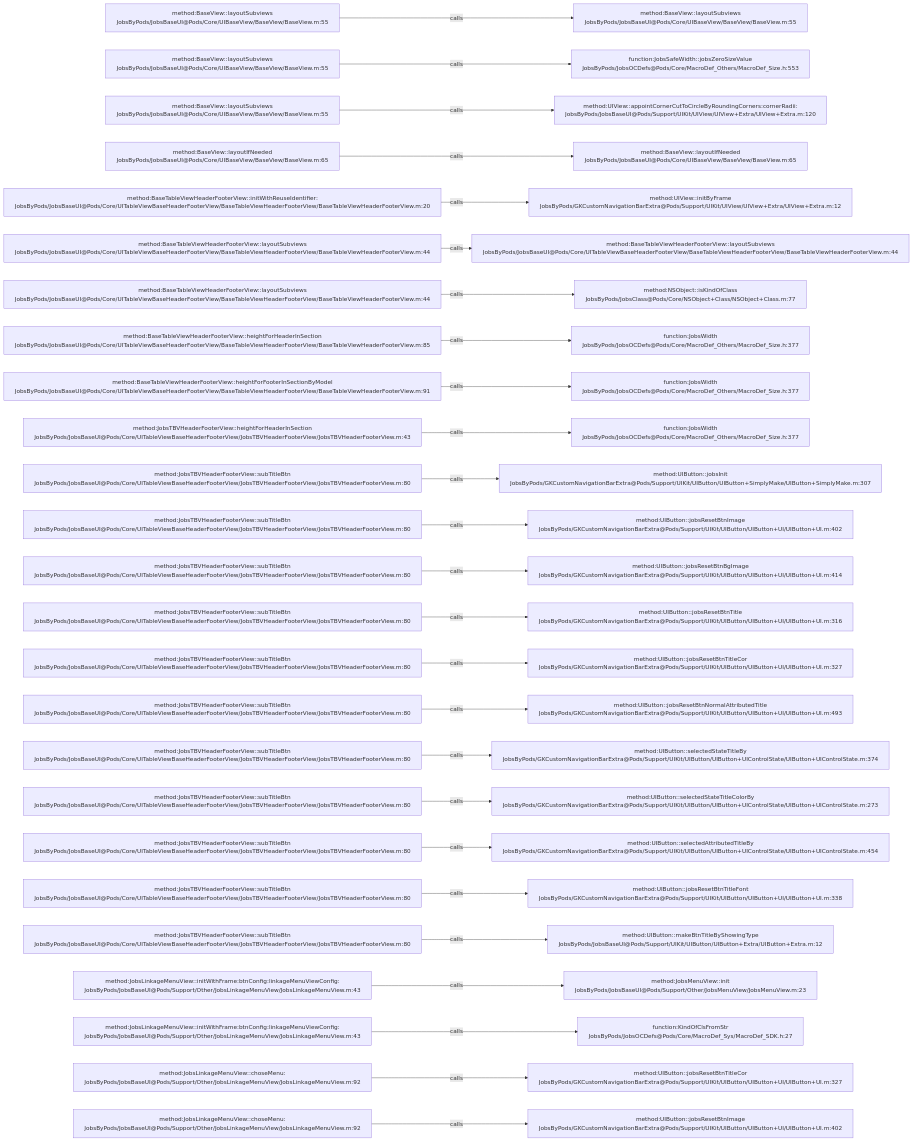
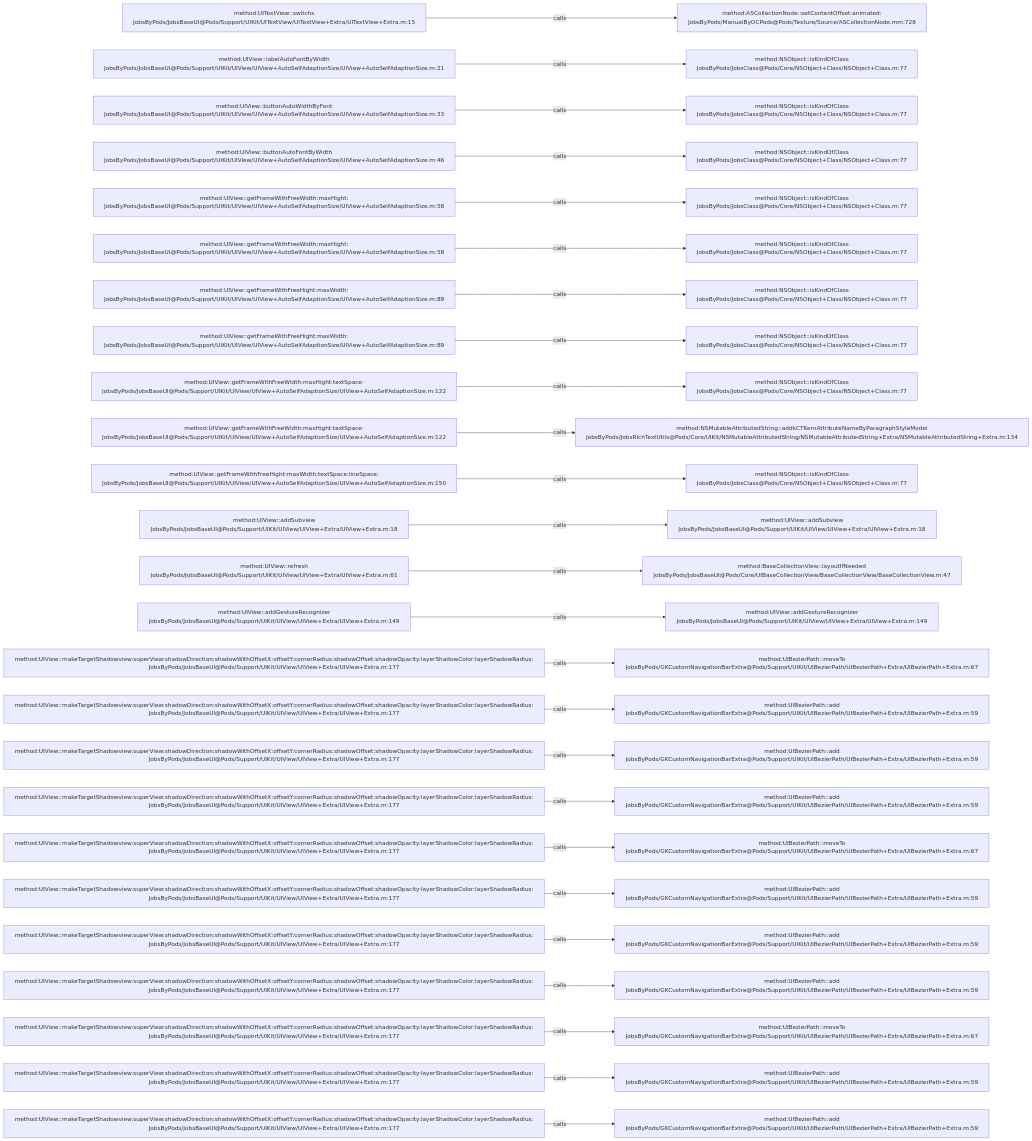
Before and after one commit to JobsKits/JobsOCBaseConfigDemo: the diagram in .codegraph/codegraph.md/graphs/calls-046.md, drawn with Mermaid. The commit also changed 1026 other files, not shown here.

````diff
--- a/.codegraph/codegraph.md/graphs/calls-046.md
+++ b/.codegraph/codegraph.md/graphs/calls-046.md
@@ -13,78 +13,78 @@
 ```mermaid
 flowchart LR
-  S1["method:BaseView::layoutSubviews<br/>JobsByPods/JobsBaseUI@Pods/Core/UIBaseView/BaseView/BaseView.m:55"]
-  T1["method:BaseView::layoutSubviews<br/>JobsByPods/JobsBaseUI@Pods/Core/UIBaseView/BaseView/BaseView.m:55"]
+  S1["method:UITextView::switchs<br/>JobsByPods/JobsBaseUI@Pods/Support/UIKit/UITextView/UITextView+Extra/UITextView+Extra.m:15"]
+  T1["method:ASCollectionNode::setContentOffset:animated:<br/>JobsByPods/ManualByOCPods@Pods/Texture/Source/ASCollectionNode.mm:728"]
   S1 -->|calls| T1
-  S2["method:BaseView::layoutSubviews<br/>JobsByPods/JobsBaseUI@Pods/Core/UIBaseView/BaseView/BaseView.m:55"]
-  T2["function:JobsSafeWidth::jobsZeroSizeValue<br/>JobsByPods/JobsOCDefs@Pods/Core/MacroDef_Others/MacroDef_Size.h:553"]
+  S2["method:UIView::labelAutoFontByWidth<br/>JobsByPods/JobsBaseUI@Pods/Support/UIKit/UIView/UIView+AutoSelfAdaptionSize/UIView+AutoSelfAdaptionSize.m:21"]
+  T2["method:NSObject::isKindOfClass<br/>JobsByPods/JobsClass@Pods/Core/NSObject+Class/NSObject+Class.m:77"]
   S2 -->|calls| T2
-  S3["method:BaseView::layoutSubviews<br/>JobsByPods/JobsBaseUI@Pods/Core/UIBaseView/BaseView/BaseView.m:55"]
-  T3["method:UIView::appointCornerCutToCircleByRoundingCorners:cornerRadii:<br/>JobsByPods/JobsBaseUI@Pods/Support/UIKit/UIView/UIView+Extra/UIView+Extra.m:120"]
+  S3["method:UIView::buttonAutoWidthByFont<br/>JobsByPods/JobsBaseUI@Pods/Support/UIKit/UIView/UIView+AutoSelfAdaptionSize/UIView+AutoSelfAdaptionSize.m:33"]
+  T3["method:NSObject::isKindOfClass<br/>JobsByPods/JobsClass@Pods/Core/NSObject+Class/NSObject+Class.m:77"]
   S3 -->|calls| T3
-  S4["method:BaseView::layoutIfNeeded<br/>JobsByPods/JobsBaseUI@Pods/Core/UIBaseView/BaseView/BaseView.m:65"]
-  T4["method:BaseView::layoutIfNeeded<br/>JobsByPods/JobsBaseUI@Pods/Core/UIBaseView/BaseView/BaseView.m:65"]
+  S4["method:UIView::buttonAutoFontByWidth<br/>JobsByPods/JobsBaseUI@Pods/Support/UIKit/UIView/UIView+AutoSelfAdaptionSize/UIView+AutoSelfAdaptionSize.m:46"]
+  T4["method:NSObject::isKindOfClass<br/>JobsByPods/JobsClass@Pods/Core/NSObject+Class/NSObject+Class.m:77"]
   S4 -->|calls| T4
-  S5["method:BaseTableViewHeaderFooterView::initWithReuseIdentifier:<br/>JobsByPods/JobsBaseUI@Pods/Core/UITableViewBaseHeaderFooterView/BaseTableViewHeaderFooterView/BaseTableViewHeaderFooterView.m:20"]
-  T5["method:UIView::initByFrame<br/>JobsByPods/GKCustomNavigationBarExtra@Pods/Support/UIKit/UIView/UIView+Extra/UIView+Extra.m:12"]
+  S5["method:UIView::getFrameWithFreeWidth:maxHight:<br/>JobsByPods/JobsBaseUI@Pods/Support/UIKit/UIView/UIView+AutoSelfAdaptionSize/UIView+AutoSelfAdaptionSize.m:58"]
+  T5["method:NSObject::isKindOfClass<br/>JobsByPods/JobsClass@Pods/Core/NSObject+Class/NSObject+Class.m:77"]
   S5 -->|calls| T5
-  S6["method:BaseTableViewHeaderFooterView::layoutSubviews<br/>JobsByPods/JobsBaseUI@Pods/Core/UITableViewBaseHeaderFooterView/BaseTableViewHeaderFooterView/BaseTableViewHeaderFooterView.m:44"]
-  T6["method:BaseTableViewHeaderFooterView::layoutSubviews<br/>JobsByPods/JobsBaseUI@Pods/Core/UITableViewBaseHeaderFooterView/BaseTableViewHeaderFooterView/BaseTableViewHeaderFooterView.m:44"]
+  S6["method:UIView::getFrameWithFreeWidth:maxHight:<br/>JobsByPods/JobsBaseUI@Pods/Support/UIKit/UIView/UIView+AutoSelfAdaptionSize/UIView+AutoSelfAdaptionSize.m:58"]
+  T6["method:NSObject::isKindOfClass<br/>JobsByPods/JobsClass@Pods/Core/NSObject+Class/NSObject+Class.m:77"]
   S6 -->|calls| T6
-  S7["method:BaseTableViewHeaderFooterView::layoutSubviews<br/>JobsByPods/JobsBaseUI@Pods/Core/UITableViewBaseHeaderFooterView/BaseTableViewHeaderFooterView/BaseTableViewHeaderFooterView.m:44"]
+  S7["method:UIView::getFrameWithFreeHight:maxWidth:<br/>JobsByPods/JobsBaseUI@Pods/Support/UIKit/UIView/UIView+AutoSelfAdaptionSize/UIView+AutoSelfAdaptionSize.m:89"]
   T7["method:NSObject::isKindOfClass<br/>JobsByPods/JobsClass@Pods/Core/NSObject+Class/NSObject+Class.m:77"]
   S7 -->|calls| T7
-  S8["method:BaseTableViewHeaderFooterView::heightForHeaderInSection<br/>JobsByPods/JobsBaseUI@Pods/Core/UITableViewBaseHeaderFooterView/BaseTableViewHeaderFooterView/BaseTableViewHeaderFooterView.m:85"]
-  T8["function:JobsWidth<br/>JobsByPods/JobsOCDefs@Pods/Core/MacroDef_Others/MacroDef_Size.h:377"]
+  S8["method:UIView::getFrameWithFreeHight:maxWidth:<br/>JobsByPods/JobsBaseUI@Pods/Support/UIKit/UIView/UIView+AutoSelfAdaptionSize/UIView+AutoSelfAdaptionSize.m:89"]
+  T8["method:NSObject::isKindOfClass<br/>JobsByPods/JobsClass@Pods/Core/NSObject+Class/NSObject+Class.m:77"]
   S8 -->|calls| T8
-  S9["method:BaseTableViewHeaderFooterView::heightForFooterInSectionByModel<br/>JobsByPods/JobsBaseUI@Pods/Core/UITableViewBaseHeaderFooterView/BaseTableViewHeaderFooterView/BaseTableViewHeaderFooterView.m:91"]
-  T9["function:JobsWidth<br/>JobsByPods/JobsOCDefs@Pods/Core/MacroDef_Others/MacroDef_Size.h:377"]
+  S9["method:UIView::getFrameWithFreeWidth:maxHight:textSpace:<br/>JobsByPods/JobsBaseUI@Pods/Support/UIKit/UIView/UIView+AutoSelfAdaptionSize/UIView+AutoSelfAdaptionSize.m:122"]
+  T9["method:NSObject::isKindOfClass<br/>JobsByPods/JobsClass@Pods/Core/NSObject+Class/NSObject+Class.m:77"]
   S9 -->|calls| T9
-  S10["method:JobsTBVHeaderFooterView::heightForHeaderInSection<br/>JobsByPods/JobsBaseUI@Pods/Core/UITableViewBaseHeaderFooterView/JobsTBVHeaderFooterView/JobsTBVHeaderFooterView.m:43"]
-  T10["function:JobsWidth<br/>JobsByPods/JobsOCDefs@Pods/Core/MacroDef_Others/MacroDef_Size.h:377"]
+  S10["method:UIView::getFrameWithFreeWidth:maxHight:textSpace:<br/>JobsByPods/JobsBaseUI@Pods/Support/UIKit/UIView/UIView+AutoSelfAdaptionSize/UIView+AutoSelfAdaptionSize.m:122"]
+  T10["method:NSMutableAttributedString::addkCTKernAttributeNameByParagraphStyleModel<br/>JobsByPods/JobsRichTextUtils@Pods/Core/UIKit/NSMutableAttributedString/NSMutableAttributedString+Extra/NSMutableAttributedString+Extra.m:134"]
   S10 -->|calls| T10
-  S11["method:JobsTBVHeaderFooterView::subTitleBtn<br/>JobsByPods/JobsBaseUI@Pods/Core/UITableViewBaseHeaderFooterView/JobsTBVHeaderFooterView/JobsTBVHeaderFooterView.m:80"]
-  T11["method:UIButton::jobsInit<br/>JobsByPods/GKCustomNavigationBarExtra@Pods/Support/UIKit/UIButton/UIButton+SimplyMake/UIButton+SimplyMake.m:307"]
+  S11["method:UIView::getFrameWithFreeHight:maxWidth:textSpace:lineSpace:<br/>JobsByPods/JobsBaseUI@Pods/Support/UIKit/UIView/UIView+AutoSelfAdaptionSize/UIView+AutoSelfAdaptionSize.m:150"]
+  T11["method:NSObject::isKindOfClass<br/>JobsByPods/JobsClass@Pods/Core/NSObject+Class/NSObject+Class.m:77"]
   S11 -->|calls| T11
-  S12["method:JobsTBVHeaderFooterView::subTitleBtn<br/>JobsByPods/JobsBaseUI@Pods/Core/UITableViewBaseHeaderFooterView/JobsTBVHeaderFooterView/JobsTBVHeaderFooterView.m:80"]
-  T12["method:UIButton::jobsResetBtnImage<br/>JobsByPods/GKCustomNavigationBarExtra@Pods/Support/UIKit/UIButton/UIButton+UI/UIButton+UI.m:402"]
+  S12["method:UIView::addSubview<br/>JobsByPods/JobsBaseUI@Pods/Support/UIKit/UIView/UIView+Extra/UIView+Extra.m:18"]
+  T12["method:UIView::addSubview<br/>JobsByPods/JobsBaseUI@Pods/Support/UIKit/UIView/UIView+Extra/UIView+Extra.m:18"]
   S12 -->|calls| T12
-  S13["method:JobsTBVHeaderFooterView::subTitleBtn<br/>JobsByPods/JobsBaseUI@Pods/Core/UITableViewBaseHeaderFooterView/JobsTBVHeaderFooterView/JobsTBVHeaderFooterView.m:80"]
-  T13["method:UIButton::jobsResetBtnBgImage<br/>JobsByPods/GKCustomNavigationBarExtra@Pods/Support/UIKit/UIButton/UIButton+UI/UIButton+UI.m:414"]
+  S13["method:UIView::refresh<br/>JobsByPods/JobsBaseUI@Pods/Support/UIKit/UIView/UIView+Extra/UIView+Extra.m:61"]
+  T13["method:BaseCollectionView::layoutIfNeeded<br/>JobsByPods/JobsBaseUI@Pods/Core/UIBaseCollectionView/BaseCollectionView/BaseCollectionView.m:47"]
   S13 -->|calls| T13
-  S14["method:JobsTBVHeaderFooterView::subTitleBtn<br/>JobsByPods/JobsBaseUI@Pods/Core/UITableViewBaseHeaderFooterView/JobsTBVHeaderFooterView/JobsTBVHeaderFooterView.m:80"]
-  T14["method:UIButton::jobsResetBtnTitle<br/>JobsByPods/GKCustomNavigationBarExtra@Pods/Support/UIKit/UIButton/UIButton+UI/UIButton+UI.m:316"]
+  S14["method:UIView::addGestureRecognizer<br/>JobsByPods/JobsBaseUI@Pods/Support/UIKit/UIView/UIView+Extra/UIView+Extra.m:149"]
+  T14["method:UIView::addGestureRecognizer<br/>JobsByPods/JobsBaseUI@Pods/Support/UIKit/UIView/UIView+Extra/UIView+Extra.m:149"]
   S14 -->|calls| T14
-  S15["method:JobsTBVHeaderFooterView::subTitleBtn<br/>JobsByPods/JobsBaseUI@Pods/Core/UITableViewBaseHeaderFooterView/JobsTBVHeaderFooterView/JobsTBVHeaderFooterView.m:80"]
-  T15["method:UIButton::jobsResetBtnTitleCor<br/>JobsByPods/GKCustomNavigationBarExtra@Pods/Support/UIKit/UIButton/UIButton+UI/UIButton+UI.m:327"]
+  S15["method:UIView::makeTargetShadowview:superView:shadowDirection:shadowWithOffsetX:offsetY:cornerRadius:shadowOffset:shadowOpacity:layerShadowColor:layerShadowRadius:<br/>JobsByPods/JobsBaseUI@Pods/Support/UIKit/UIView/UIView+Extra/UIView+Extra.m:177"]
+  T15["method:UIBezierPath::moveTo<br/>JobsByPods/GKCustomNavigationBarExtra@Pods/Support/UIKit/UIBezierPath/UIBezierPath+Extra/UIBezierPath+Extra.m:67"]
   S15 -->|calls| T15
-  S16["method:JobsTBVHeaderFooterView::subTitleBtn<br/>JobsByPods/JobsBaseUI@Pods/Core/UITableViewBaseHeaderFooterView/JobsTBVHeaderFooterView/JobsTBVHeaderFooterView.m:80"]
-  T16["method:UIButton::jobsResetBtnNormalAttributedTitle<br/>JobsByPods/GKCustomNavigationBarExtra@Pods/Support/UIKit/UIButton/UIButton+UI/UIButton+UI.m:493"]
+  S16["method:UIView::makeTargetShadowview:superView:shadowDirection:shadowWithOffsetX:offsetY:cornerRadius:shadowOffset:shadowOpacity:layerShadowColor:layerShadowRadius:<br/>JobsByPods/JobsBaseUI@Pods/Support/UIKit/UIView/UIView+Extra/UIView+Extra.m:177"]
+  T16["method:UIBezierPath::add<br/>JobsByPods/GKCustomNavigationBarExtra@Pods/Support/UIKit/UIBezierPath/UIBezierPath+Extra/UIBezierPath+Extra.m:59"]
   S16 -->|calls| T16
-  S17["method:JobsTBVHeaderFooterView::subTitleBtn<br/>JobsByPods/JobsBaseUI@Pods/Core/UITableViewBaseHeaderFooterView/JobsTBVHeaderFooterView/JobsTBVHeaderFooterView.m:80"]
-  T17["method:UIButton::selectedStateTitleBy<br/>JobsByPods/GKCustomNavigationBarExtra@Pods/Support/UIKit/UIButton/UIButton+UIControlState/UIButton+UIControlState.m:374"]
+  S17["method:UIView::makeTargetShadowview:superView:shadowDirection:shadowWithOffsetX:offsetY:cornerRadius:shadowOffset:shadowOpacity:layerShadowColor:layerShadowRadius:<br/>JobsByPods/JobsBaseUI@Pods/Support/UIKit/UIView/UIView+Extra/UIView+Extra.m:177"]
+  T17["method:UIBezierPath::add<br/>JobsByPods/GKCustomNavigationBarExtra@Pods/Support/UIKit/UIBezierPath/UIBezierPath+Extra/UIBezierPath+Extra.m:59"]
   S17 -->|calls| T17
-  S18["method:JobsTBVHeaderFooterView::subTitleBtn<br/>JobsByPods/JobsBaseUI@Pods/Core/UITableViewBaseHeaderFooterView/JobsTBVHeaderFooterView/JobsTBVHeaderFooterView.m:80"]
-  T18["method:UIButton::selectedStateTitleColorBy<br/>JobsByPods/GKCustomNavigationBarExtra@Pods/Support/UIKit/UIButton/UIButton+UIControlState/UIButton+UIControlState.m:273"]
+  S18["method:UIView::makeTargetShadowview:superView:shadowDirection:shadowWithOffsetX:offsetY:cornerRadius:shadowOffset:shadowOpacity:layerShadowColor:layerShadowRadius:<br/>JobsByPods/JobsBaseUI@Pods/Support/UIKit/UIView/UIView+Extra/UIView+Extra.m:177"]
+  T18["method:UIBezierPath::add<br/>JobsByPods/GKCustomNavigationBarExtra@Pods/Support/UIKit/UIBezierPath/UIBezierPath+Extra/UIBezierPath+Extra.m:59"]
   S18 -->|calls| T18
-  S19["method:JobsTBVHeaderFooterView::subTitleBtn<br/>JobsByPods/JobsBaseUI@Pods/Core/UITableViewBaseHeaderFooterView/JobsTBVHeaderFooterView/JobsTBVHeaderFooterView.m:80"]
-  T19["method:UIButton::selectedAttributedTitleBy<br/>JobsByPods/GKCustomNavigationBarExtra@Pods/Support/UIKit/UIButton/UIButton+UIControlState/UIButton+UIControlState.m:454"]
+  S19["method:UIView::makeTargetShadowview:superView:shadowDirection:shadowWithOffsetX:offsetY:cornerRadius:shadowOffset:shadowOpacity:layerShadowColor:layerShadowRadius:<br/>JobsByPods/JobsBaseUI@Pods/Support/UIKit/UIView/UIView+Extra/UIView+Extra.m:177"]
+  T19["method:UIBezierPath::moveTo<br/>JobsByPods/GKCustomNavigationBarExtra@Pods/Support/UIKit/UIBezierPath/UIBezierPath+Extra/UIBezierPath+Extra.m:67"]
   S19 -->|calls| T19
-  S20["method:JobsTBVHeaderFooterView::subTitleBtn<br/>JobsByPods/JobsBaseUI@Pods/Core/UITableViewBaseHeaderFooterView/JobsTBVHeaderFooterView/JobsTBVHeaderFooterView.m:80"]
-  T20["method:UIButton::jobsResetBtnTitleFont<br/>JobsByPods/GKCustomNavigationBarExtra@Pods/Support/UIKit/UIButton/UIButton+UI/UIButton+UI.m:338"]
+  S20["method:UIView::makeTargetShadowview:superView:shadowDirection:shadowWithOffsetX:offsetY:cornerRadius:shadowOffset:shadowOpacity:layerShadowColor:layerShadowRadius:<br/>JobsByPods/JobsBaseUI@Pods/Support/UIKit/UIView/UIView+Extra/UIView+Extra.m:177"]
+  T20["method:UIBezierPath::add<br/>JobsByPods/GKCustomNavigationBarExtra@Pods/Support/UIKit/UIBezierPath/UIBezierPath+Extra/UIBezierPath+Extra.m:59"]
   S20 -->|calls| T20
-  S21["method:JobsTBVHeaderFooterView::subTitleBtn<br/>JobsByPods/JobsBaseUI@Pods/Core/UITableViewBaseHeaderFooterView/JobsTBVHeaderFooterView/JobsTBVHeaderFooterView.m:80"]
-  T21["method:UIButton::makeBtnTitleByShowingType<br/>JobsByPods/JobsBaseUI@Pods/Support/UIKit/UIButton/UIButton+Extra/UIButton+Extra.m:12"]
+  S21["method:UIView::makeTargetShadowview:superView:shadowDirection:shadowWithOffsetX:offsetY:cornerRadius:shadowOffset:shadowOpacity:layerShadowColor:layerShadowRadius:<br/>JobsByPods/JobsBaseUI@Pods/Support/UIKit/UIView/UIView+Extra/UIView+Extra.m:177"]
+  T21["method:UIBezierPath::add<br/>JobsByPods/GKCustomNavigationBarExtra@Pods/Support/UIKit/UIBezierPath/UIBezierPath+Extra/UIBezierPath+Extra.m:59"]
   S21 -->|calls| T21
-  S22["method:JobsLinkageMenuView::initWithFrame:btnConfig:linkageMenuViewConfig:<br/>JobsByPods/JobsBaseUI@Pods/Support/Other/JobsLinkageMenuView/JobsLinkageMenuView.m:43"]
-  T22["method:JobsMenuView::init<br/>JobsByPods/JobsBaseUI@Pods/Support/Other/JobsMenuView/JobsMenuView.m:23"]
+  S22["method:UIView::makeTargetShadowview:superView:shadowDirection:shadowWithOffsetX:offsetY:cornerRadius:shadowOffset:shadowOpacity:layerShadowColor:layerShadowRadius:<br/>JobsByPods/JobsBaseUI@Pods/Support/UIKit/UIView/UIView+Extra/UIView+Extra.m:177"]
+  T22["method:UIBezierPath::add<br/>JobsByPods/GKCustomNavigationBarExtra@Pods/Support/UIKit/UIBezierPath/UIBezierPath+Extra/UIBezierPath+Extra.m:59"]
   S22 -->|calls| T22
-  S23["method:JobsLinkageMenuView::initWithFrame:btnConfig:linkageMenuViewConfig:<br/>JobsByPods/JobsBaseUI@Pods/Support/Other/JobsLinkageMenuView/JobsLinkageMenuView.m:43"]
-  T23["function:KindOfClsFromStr<br/>JobsByPods/JobsOCDefs@Pods/Core/MacroDef_Sys/MacroDef_SDK.h:27"]
+  S23["method:UIView::makeTargetShadowview:superView:shadowDirection:shadowWithOffsetX:offsetY:cornerRadius:shadowOffset:shadowOpacity:layerShadowColor:layerShadowRadius:<br/>JobsByPods/JobsBaseUI@Pods/Support/UIKit/UIView/UIView+Extra/UIView+Extra.m:177"]
+  T23["method:UIBezierPath::moveTo<br/>JobsByPods/GKCustomNavigationBarExtra@Pods/Support/UIKit/UIBezierPath/UIBezierPath+Extra/UIBezierPath+Extra.m:67"]
   S23 -->|calls| T23
-  S24["method:JobsLinkageMenuView::choseMenu:<br/>JobsByPods/JobsBaseUI@Pods/Support/Other/JobsLinkageMenuView/JobsLinkageMenuView.m:92"]
-  T24["method:UIButton::jobsResetBtnTitleCor<br/>JobsByPods/GKCustomNavigationBarExtra@Pods/Support/UIKit/UIButton/UIButton+UI/UIButton+UI.m:327"]
+  S24["method:UIView::makeTargetShadowview:superView:shadowDirection:shadowWithOffsetX:offsetY:cornerRadius:shadowOffset:shadowOpacity:layerShadowColor:layerShadowRadius:<br/>JobsByPods/JobsBaseUI@Pods/Support/UIKit/UIView/UIView+Extra/UIView+Extra.m:177"]
+  T24["method:UIBezierPath::add<br/>JobsByPods/GKCustomNavigationBarExtra@Pods/Support/UIKit/UIBezierPath/UIBezierPath+Extra/UIBezierPath+Extra.m:59"]
   S24 -->|calls| T24
-  S25["method:JobsLinkageMenuView::choseMenu:<br/>JobsByPods/JobsBaseUI@Pods/Support/Other/JobsLinkageMenuView/JobsLinkageMenuView.m:92"]
-  T25["method:UIButton::jobsResetBtnImage<br/>JobsByPods/GKCustomNavigationBarExtra@Pods/Support/UIKit/UIButton/UIButton+UI/UIButton+UI.m:402"]
+  S25["method:UIView::makeTargetShadowview:superView:shadowDirection:shadowWithOffsetX:offsetY:cornerRadius:shadowOffset:shadowOpacity:layerShadowColor:layerShadowRadius:<br/>JobsByPods/JobsBaseUI@Pods/Support/UIKit/UIView/UIView+Extra/UIView+Extra.m:177"]
+  T25["method:UIBezierPath::add<br/>JobsByPods/GKCustomNavigationBarExtra@Pods/Support/UIKit/UIBezierPath/UIBezierPath+Extra/UIBezierPath+Extra.m:59"]
   S25 -->|calls| T25
 ```
````
